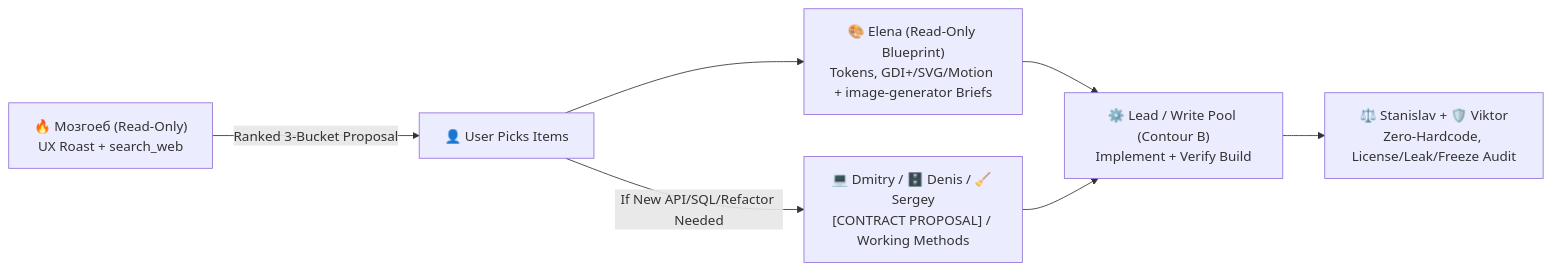
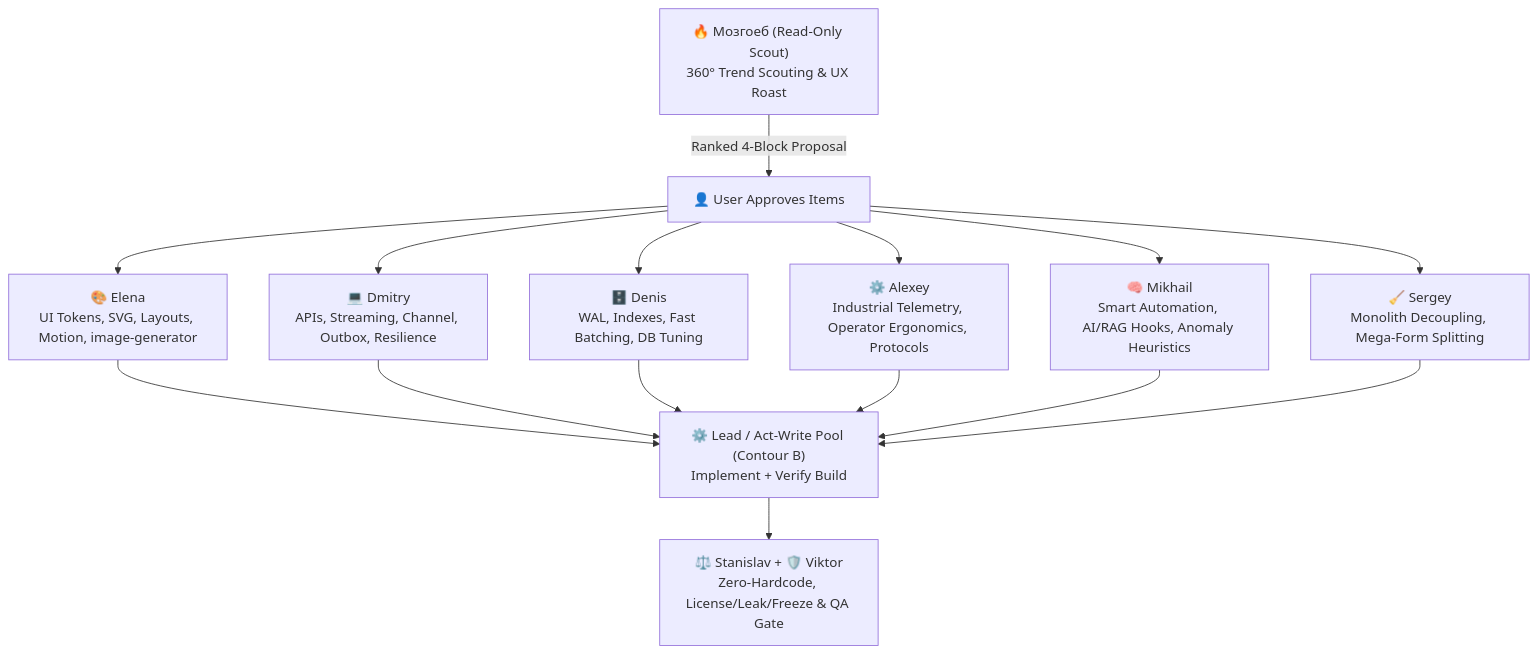
The diagram in skills/hermes/references/ux-scouting-standards.md (neon1301/hermes-mode-antigravity), drawn with Mermaid before and after one commit. The commit also changed other lines of this file and 8 other files, not shown here.

Commit message:
[HERMES-SCOUT] feat(v3.6.2): upgrade Mozgoeb to 360 global trend scout across RU/CN/BE/EU/JP/KR/Global dev forums

````diff
--- a/skills/hermes/references/ux-scouting-standards.md
+++ b/skills/hermes/references/ux-scouting-standards.md
@@ -26,9 +41,17 @@
 ```mermaid
-flowchart LR
-    Mozgoeb["🔥 Мозгоеб (Read-Only)\nUX Roast + search_web"] -->|Ranked 3-Bucket Proposal| User["👤 User Picks Items"]
-    User --> Elena["🎨 Elena (Read-Only Blueprint)\nTokens, GDI+/SVG/Motion + image-generator Briefs"]
-    User -->|If New API/SQL/Refactor Needed| Dmitry["💻 Dmitry / 🗄️ Denis / 🧹 Sergey\n[CONTRACT PROPOSAL] / Working Methods"]
-    Elena --> Pool["⚙️ Lead / Write Pool (Contour B)\nImplement + Verify Build"]
+flowchart TD
+    Mozgoeb["🔥 Мозгоеб (Read-Only Scout)\n360° Trend Scouting & UX Roast"] -->|Ranked 4-Block Proposal| User["👤 User Approves Items"]
+    User --> Elena["🎨 Elena\nUI Tokens, SVG, Layouts, Motion, image-generator"]
+    User --> Dmitry["💻 Dmitry\nAPIs, Streaming, Channel, Outbox, Resilience"]
+    User --> Denis["🗄️ Denis\nWAL, Indexes, Fast Batching, DB Tuning"]
+    User --> Alexey["⚙️ Alexey\nIndustrial Telemetry, Operator Ergonomics, Protocols"]
+    User --> Mikhail["🧠 Mikhail\nSmart Automation, AI/RAG Hooks, Anomaly Heuristics"]
+    User --> Sergey["🧹 Sergey\nMonolith Decoupling, Mega-Form Splitting"]
+    Elena --> Pool["⚙️ Lead / Act-Write Pool (Contour B)\nImplement + Verify Build"]
     Dmitry --> Pool
-    Pool --> Gate["⚖️ Stanislav + 🛡️ Viktor\nZero-Hardcode, License/Leak/Freeze Audit"]
+    Denis --> Pool
+    Alexey --> Pool
+    Mikhail --> Pool
+    Sergey --> Pool
+    Pool --> Gate["⚖️ Stanislav + 🛡️ Viktor\nZero-Hardcode, License/Leak/Freeze & QA Gate"]
 ```
````
